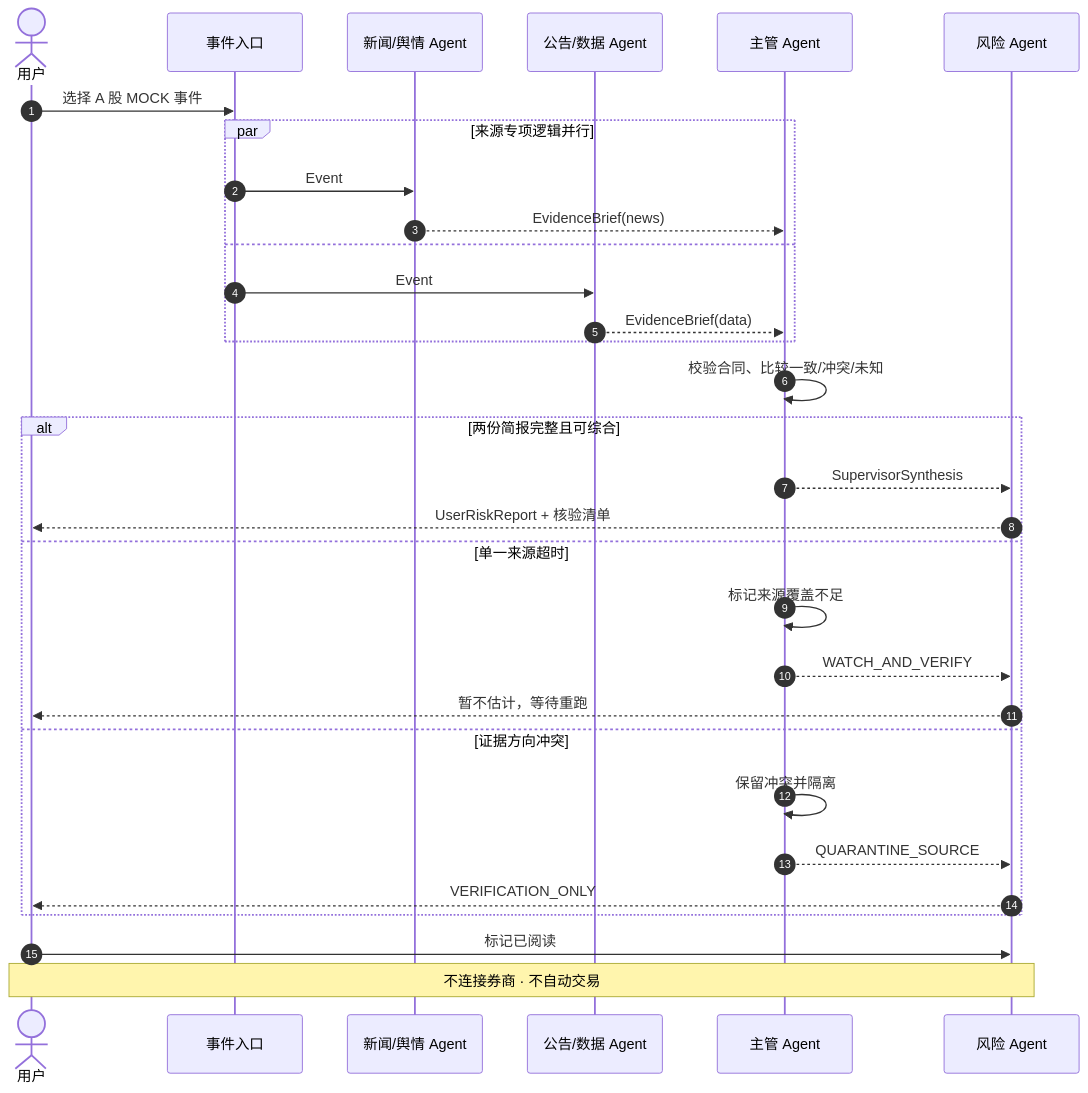
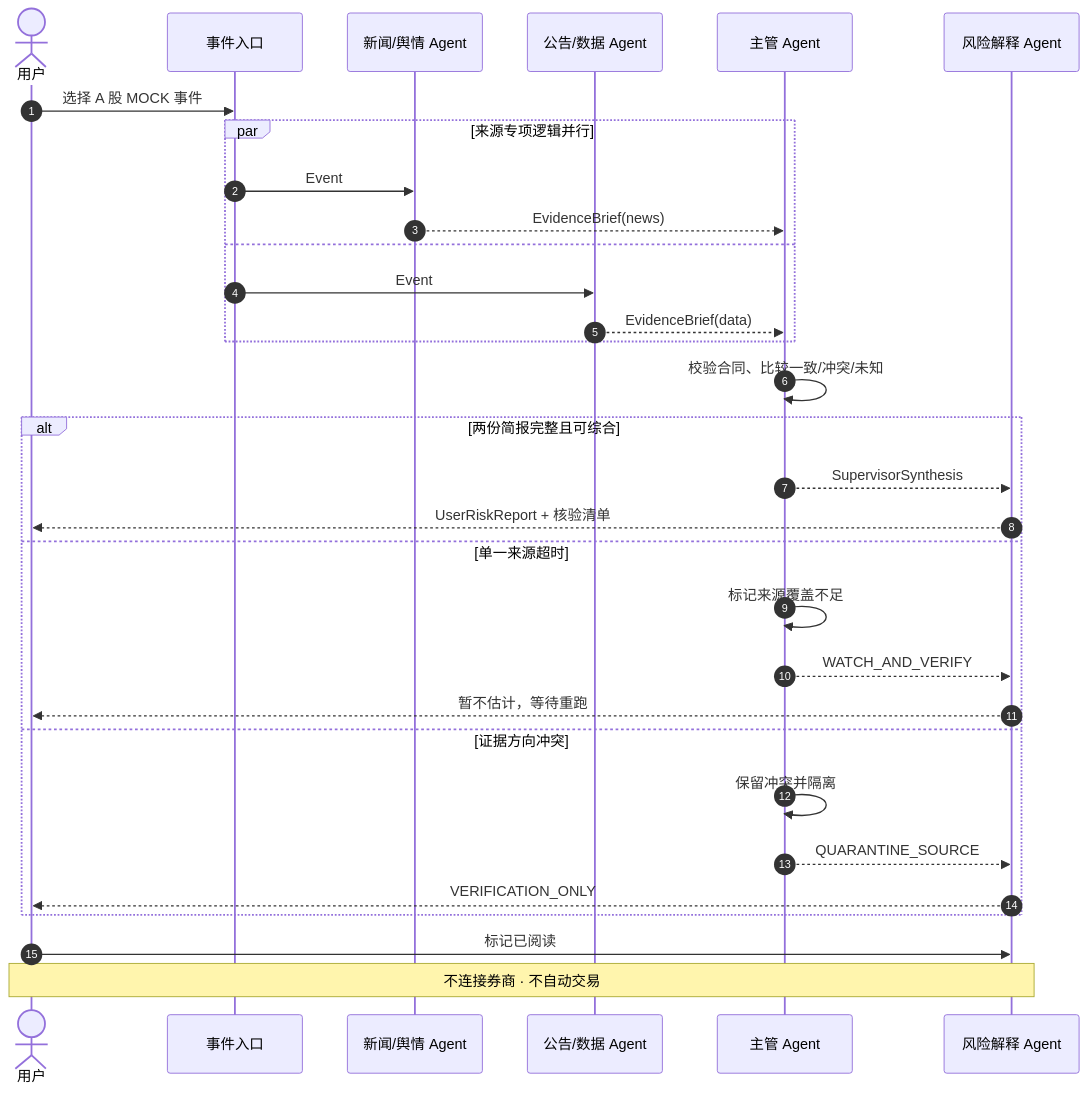
One commit to mungbean138516-jpg/orglab-sentinel changed the diagram in docs/roadshow/diagrams/event-sequence.mmd. Above: the diagram before and after it, drawn with Mermaid. The commit also changed 26 other files, not shown here.

```diff
--- a/docs/roadshow/diagrams/event-sequence.mmd
+++ b/docs/roadshow/diagrams/event-sequence.mmd
@@ -1,35 +1,35 @@
 sequenceDiagram
     autonumber
     actor U as 用户
     participant E as 事件入口
     participant N as 新闻/舆情 Agent
     participant D as 公告/数据 Agent
     participant S as 主管 Agent
-    participant R as 风险 Agent
+    participant R as 风险解释 Agent
 
     U->>E: 选择 A 股 MOCK 事件
     par 来源专项逻辑并行
         E->>N: Event
         N-->>S: EvidenceBrief(news)
     and
         E->>D: Event
         D-->>S: EvidenceBrief(data)
     end
 
     S->>S: 校验合同、比较一致/冲突/未知
 
     alt 两份简报完整且可综合
         S-->>R: SupervisorSynthesis
         R-->>U: UserRiskReport + 核验清单
     else 单一来源超时
         S->>S: 标记来源覆盖不足
         S-->>R: WATCH_AND_VERIFY
         R-->>U: 暂不估计，等待重跑
     else 证据方向冲突
         S->>S: 保留冲突并隔离
         S-->>R: QUARANTINE_SOURCE
         R-->>U: VERIFICATION_ONLY
     end
 
     U->>R: 标记已阅读
     Note over U,R: 不连接券商 · 不自动交易
```
